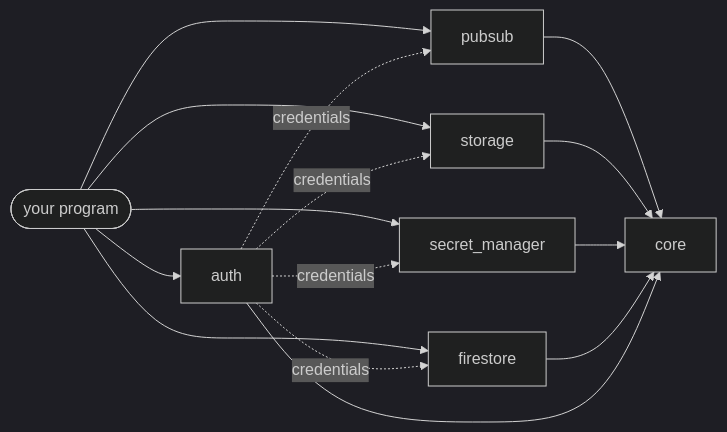
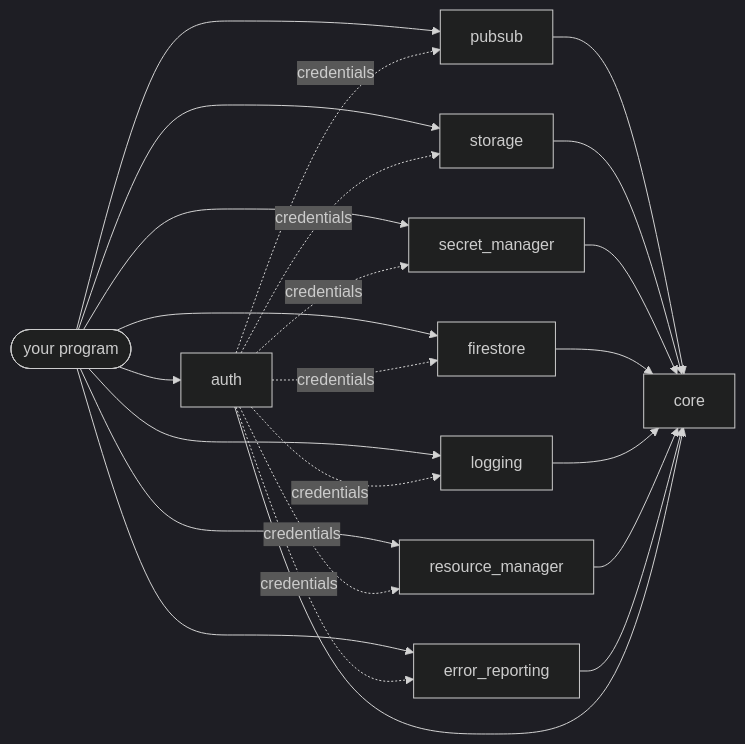
Before and after one commit to javanile/zub: the diagram in _packages/k/kmoneil-zig-gcp.md, drawn with Mermaid (dark theme). The commit also changed other lines of this file and 19 other files, not shown here.

````diff
--- a/_packages/k/kmoneil-zig-gcp.md
+++ b/_packages/k/kmoneil-zig-gcp.md
@@ -96,7 +99,7 @@
 ```mermaid
 flowchart LR
-    app(["your program"]) --> pubsub & storage & secret_manager & firestore
+    app(["your program"]) --> pubsub & storage & secret_manager & firestore & logging & resource_manager & error_reporting
     app --> auth
-    auth -. credentials .-> pubsub & storage & secret_manager & firestore
-    pubsub & storage & secret_manager & firestore & auth --> core
+    auth -. credentials .-> pubsub & storage & secret_manager & firestore & logging & resource_manager & error_reporting
+    pubsub & storage & secret_manager & firestore & logging & resource_manager & error_reporting & auth --> core
 ```
````
